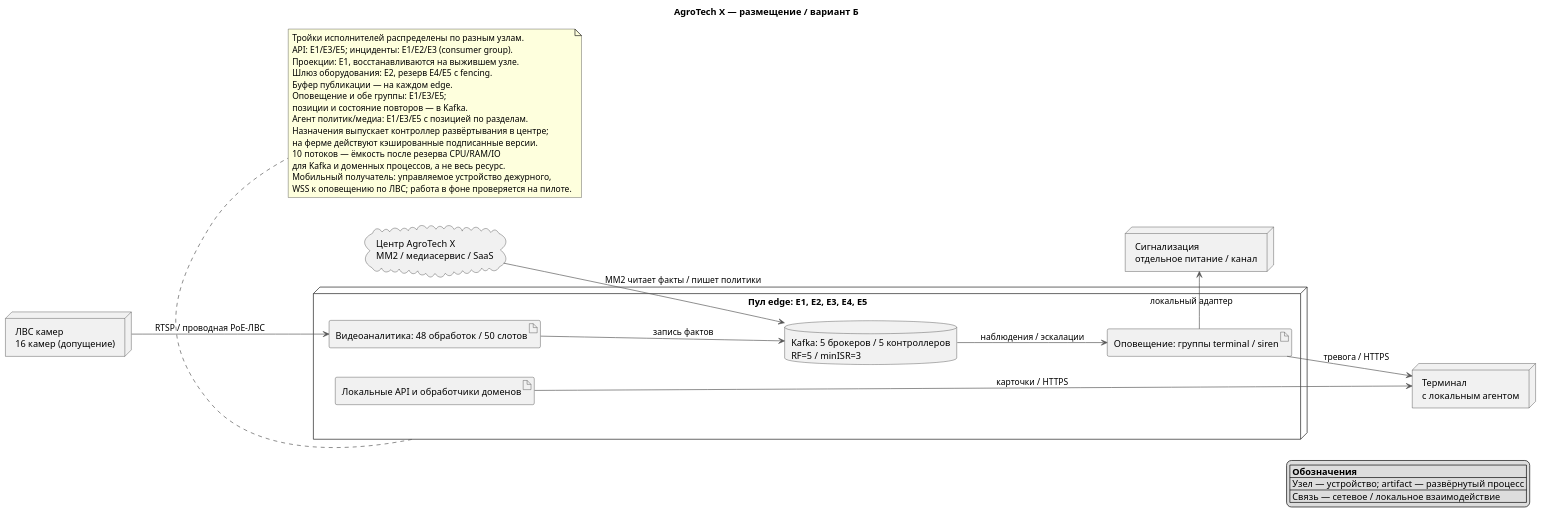
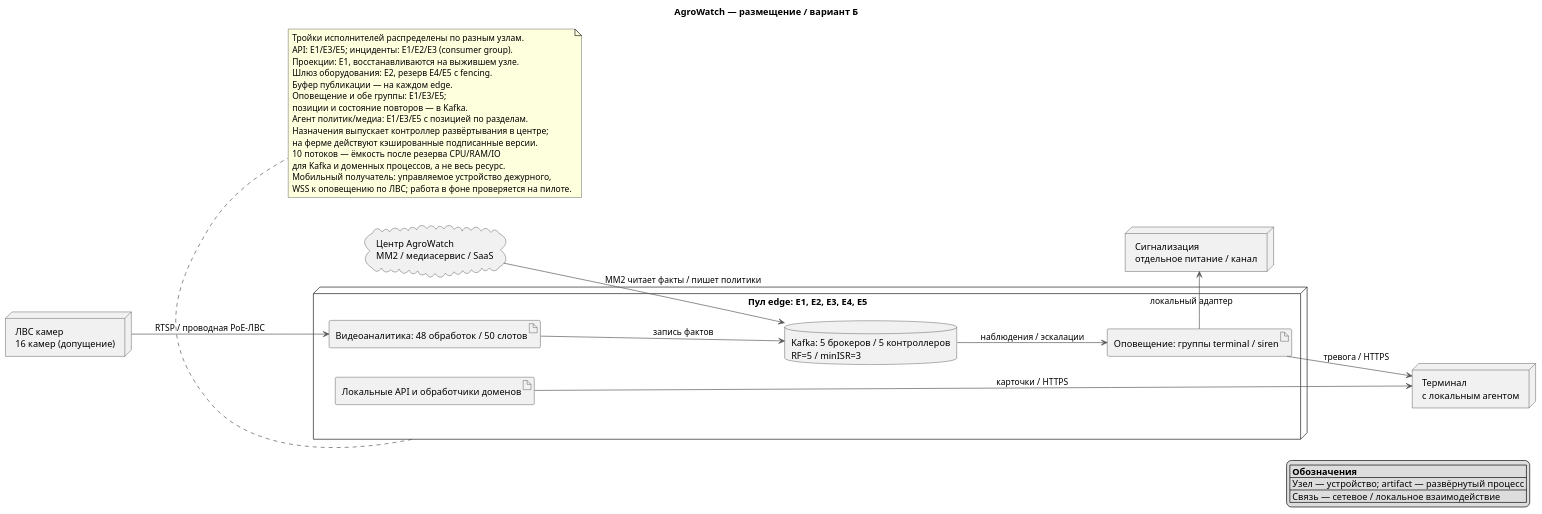
Before and after one commit to rozhkovsvyat/MSA-AgroTech: the diagram in Task1/diagrams/deployment-b.puml, drawn with PlantUML. The commit also changed 103 other files, not shown here.

Commit message:
Уточнить требования, название AgroWatch и раскрытие вклада ИИ

```diff
--- a/Task1/diagrams/deployment-b.puml
+++ b/Task1/diagrams/deployment-b.puml
@@ -1,53 +1,53 @@
 @startuml
 skinparam defaultFontName Arial
 skinparam dpi 110
 skinparam shadowing false
 skinparam classBackgroundColor #85BBF0
 skinparam classBorderColor #1168BD
 skinparam ArrowColor #555555
 skinparam nodesep 45
 skinparam ranksep 70
 hide empty members
-title AgroTech X — размещение / вариант Б
+title AgroWatch — размещение / вариант Б
 
 left to right direction
 node "ЛВС камер\n16 камер (допущение)" as cams
 node "Пул edge: E1, E2, E3, E4, E5" as pool {
  artifact "Видеоаналитика: 48 обработок / 50 слотов" as video
  artifact "Оповещение: группы terminal / siren" as notify
  artifact "Локальные API и обработчики доменов" as app
  database "Kafka: 5 брокеров / 5 контроллеров\nRF=5 / minISR=3" as log
 }
 node "Терминал\nс локальным агентом" as term
 node "Сигнализация\nотдельное питание / канал" as sound
-cloud "Центр AgroTech X\nMM2 / медиасервис / SaaS" as center
+cloud "Центр AgroWatch\nMM2 / медиасервис / SaaS" as center
 cams --> video : RTSP / проводная PoE-ЛВС
 log --> notify : наблюдения / эскалации
 notify -down-> term : тревога / HTTPS
 notify -right-> sound : локальный адаптер
 video --> log : запись фактов
 app -down-> term : карточки / HTTPS
 center --> log : MM2 читает факты / пишет политики
 note bottom of pool
 Тройки исполнителей распределены по разным узлам.
 API: E1/E3/E5; инциденты: E1/E2/E3 (consumer group).
 Проекции: E1, восстанавливаются на выжившем узле.
 Шлюз оборудования: E2, резерв E4/E5 с fencing.
 Буфер публикации — на каждом edge.
 Оповещение и обе группы: E1/E3/E5;
 позиции и состояние повторов — в Kafka.
 Агент политик/медиа: E1/E3/E5 с позицией по разделам.
 Назначения выпускает контроллер развёртывания в центре;
 на ферме действуют кэшированные подписанные версии.
 10 потоков — ёмкость после резерва CPU/RAM/IO
 для Kafka и доменных процессов, а не весь ресурс.
 Мобильный получатель: управляемое устройство дежурного,
 WSS к оповещению по ЛВС; работа в фоне проверяется на пилоте.
 end note
 
 legend right
 |= Обозначения |
 | Узел — устройство; artifact — развёрнутый процесс |
 | Связь — сетевое / локальное взаимодействие |
 endlegend
 @enduml
```
